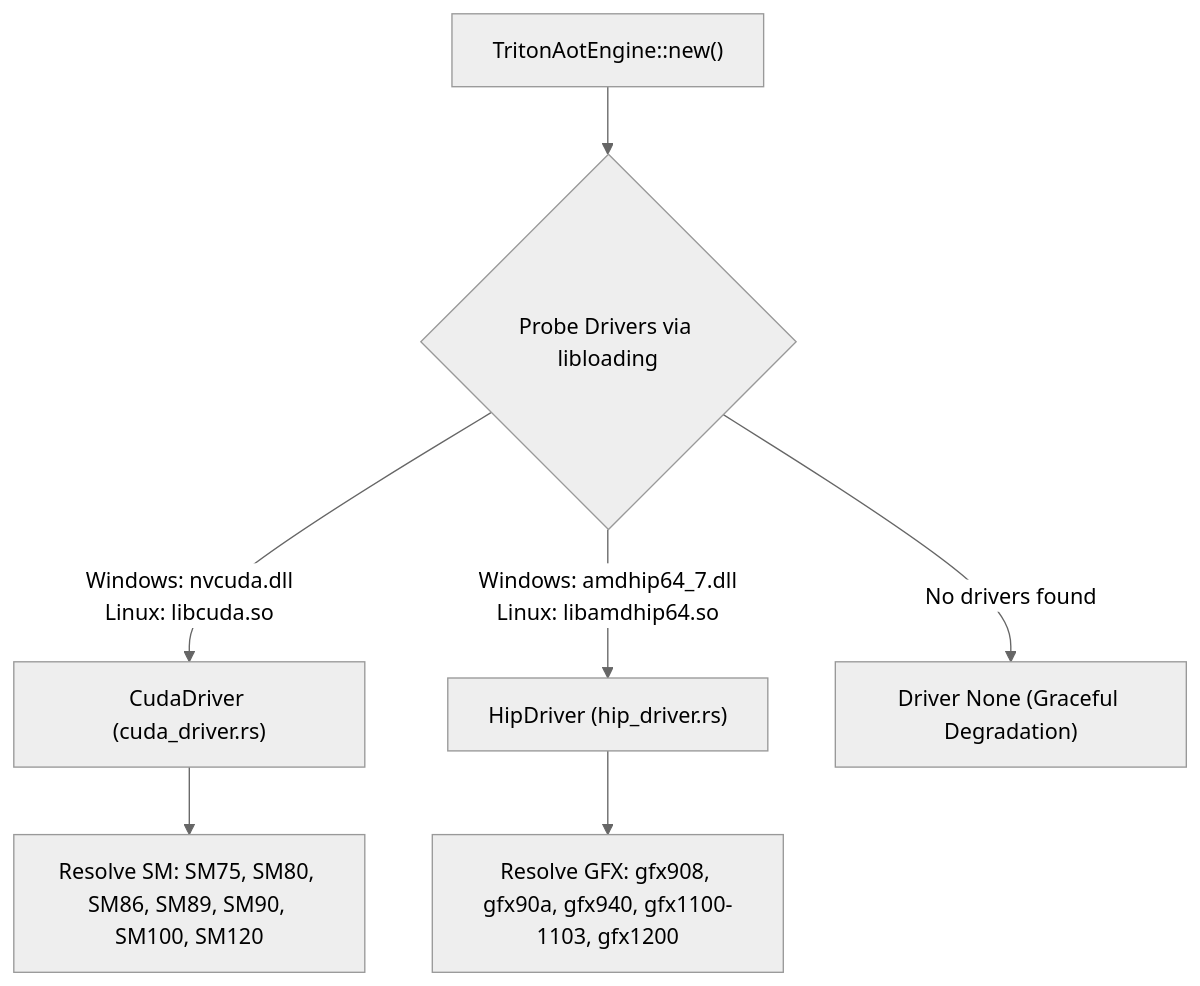
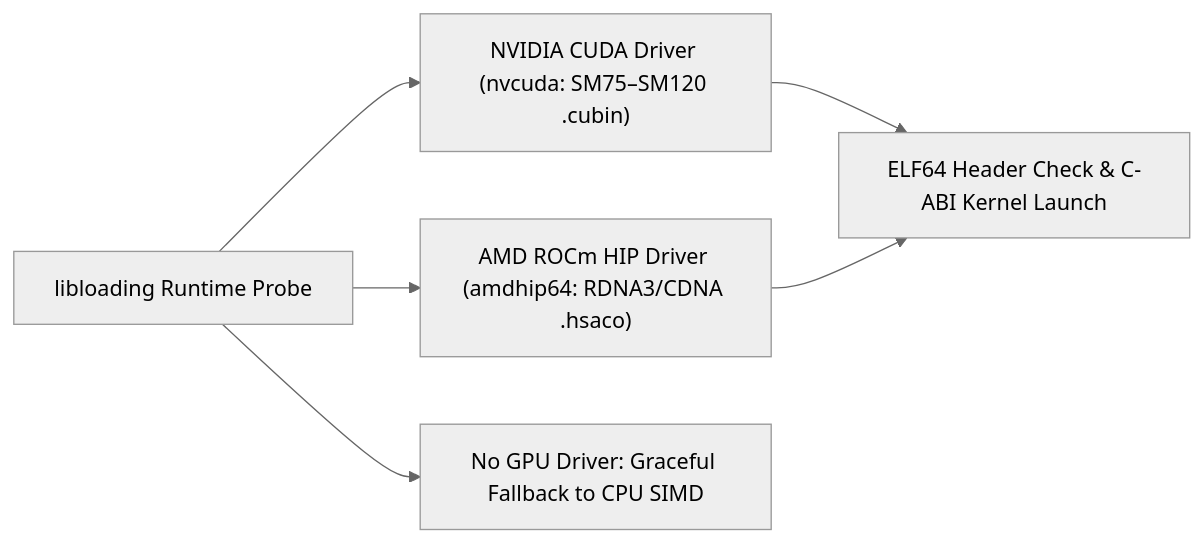
One commit to cloverx-id/luminamoon changed the diagram in docs/optimize/triton_aot/README.md. Above: the diagram before and after it, drawn with Mermaid (neutral theme). The commit also changed other lines of this file and 177 other files, not shown here.

````diff
--- a/docs/optimize/triton_aot/README.md
+++ b/docs/optimize/triton_aot/README.md
@@ -13,11 +11,8 @@
 ```mermaid
-flowchart TD
-    Init["TritonAotEngine::new()"] --> Probe{"Probe Drivers via libloading"}
-    
-    Probe -->|"Windows: nvcuda.dll<br/>Linux: libcuda.so"| CUDA["CudaDriver (cuda_driver.rs)"]
-    Probe -->|"Windows: amdhip64_7.dll<br/>Linux: libamdhip64.so"| ROCm["HipDriver (hip_driver.rs)"]
-    Probe -->|"No drivers found"| None["Driver None (Graceful Degradation)"]
-
-    CUDA --> ArchCUDA["Resolve SM: SM75, SM80, SM86, SM89, SM90, SM100, SM120"]
-    ROCm --> ArchROCm["Resolve GFX: gfx908, gfx90a, gfx940, gfx1100-1103, gfx1200"]
+flowchart LR
+    Probe["libloading Runtime Probe"] --> CUDA["NVIDIA CUDA Driver (nvcuda: SM75–SM120 .cubin)"]
+    Probe --> ROCm["AMD ROCm HIP Driver (amdhip64: RDNA3/CDNA .hsaco)"]
+    Probe --> Fallback["No GPU Driver: Graceful Fallback to CPU SIMD"]
+    CUDA --> Launch["ELF64 Header Check & C-ABI Kernel Launch"]
+    ROCm --> Launch
 ```
````
